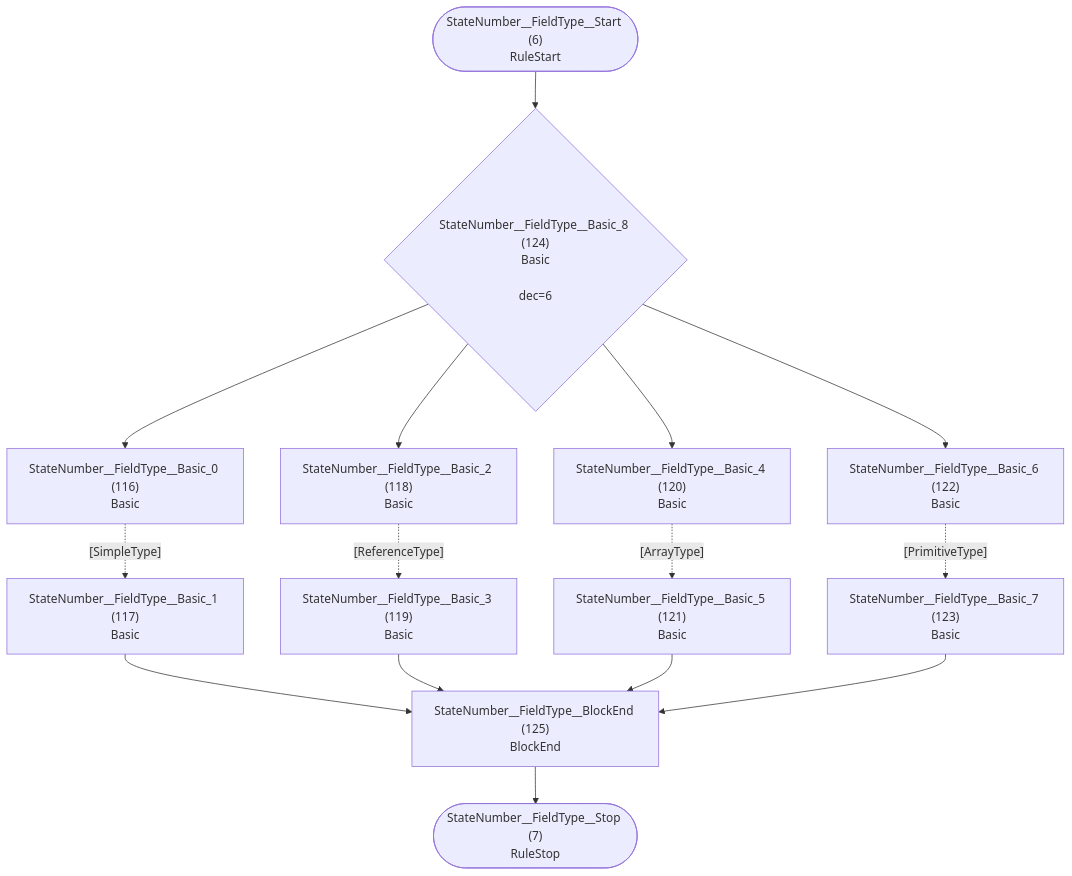
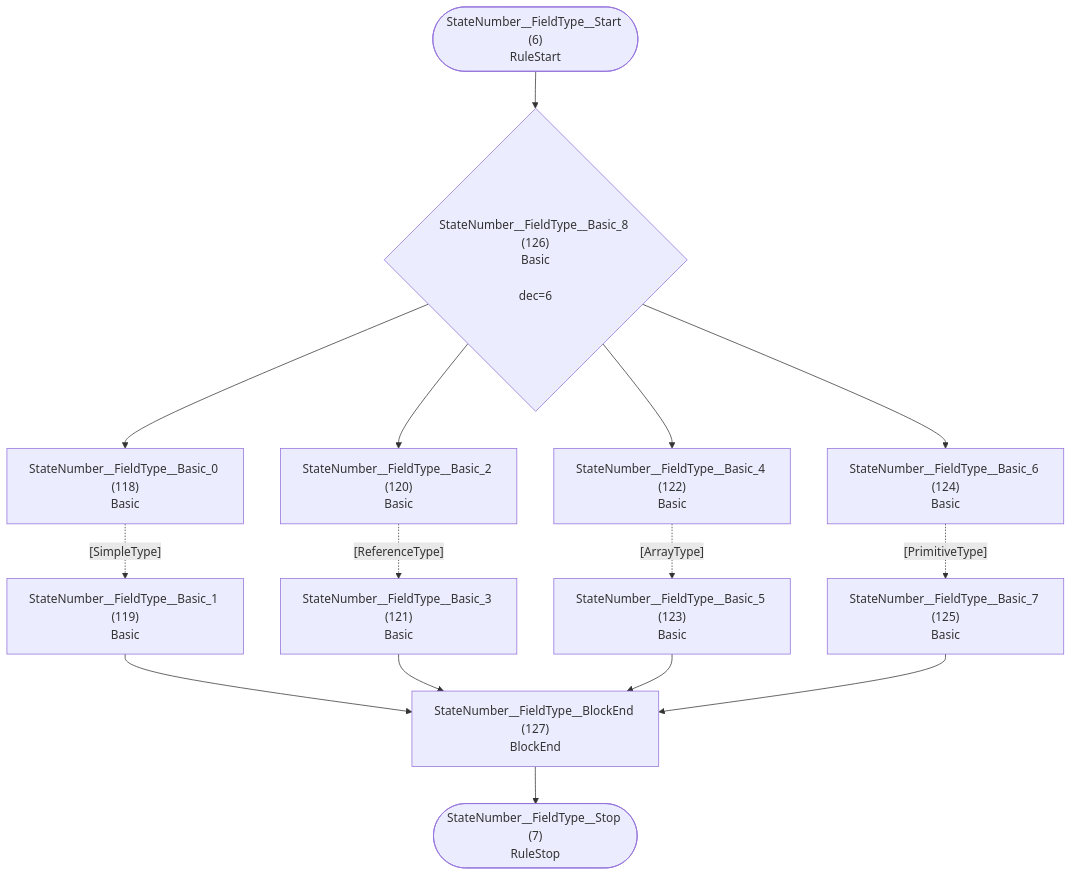
One commit to TypeFox/fastbelt changed the fourth of 37 diagrams in internal/grammar/atn.md. Above: the diagram before and after it, drawn with Mermaid. The commit also changed other lines of this file and 10 other files, not shown here.

````diff
--- a/internal/grammar/atn.md
+++ b/internal/grammar/atn.md
@@ -133,30 +133,30 @@
 ```mermaid
 flowchart TD
     q6(["StateNumber__FieldType__Start (6)<br/>RuleStart"])
     q7(["StateNumber__FieldType__Stop (7)<br/>RuleStop"])
-    q116["StateNumber__FieldType__Basic_0 (116)<br/>Basic<br/>"]
-    q117["StateNumber__FieldType__Basic_1 (117)<br/>Basic<br/>"]
-    q118["StateNumber__FieldType__Basic_2 (118)<br/>Basic<br/>"]
-    q119["StateNumber__FieldType__Basic_3 (119)<br/>Basic<br/>"]
-    q120["StateNumber__FieldType__Basic_4 (120)<br/>Basic<br/>"]
-    q121["StateNumber__FieldType__Basic_5 (121)<br/>Basic<br/>"]
-    q122["StateNumber__FieldType__Basic_6 (122)<br/>Basic<br/>"]
-    q123["StateNumber__FieldType__Basic_7 (123)<br/>Basic<br/>"]
-    q124{"StateNumber__FieldType__Basic_8 (124)<br/>Basic<br/><br/>dec=6"}
-    q125["StateNumber__FieldType__BlockEnd (125)<br/>BlockEnd<br/>"]
+    q118["StateNumber__FieldType__Basic_0 (118)<br/>Basic<br/>"]
+    q119["StateNumber__FieldType__Basic_1 (119)<br/>Basic<br/>"]
+    q120["StateNumber__FieldType__Basic_2 (120)<br/>Basic<br/>"]
+    q121["StateNumber__FieldType__Basic_3 (121)<br/>Basic<br/>"]
+    q122["StateNumber__FieldType__Basic_4 (122)<br/>Basic<br/>"]
+    q123["StateNumber__FieldType__Basic_5 (123)<br/>Basic<br/>"]
+    q124["StateNumber__FieldType__Basic_6 (124)<br/>Basic<br/>"]
+    q125["StateNumber__FieldType__Basic_7 (125)<br/>Basic<br/>"]
+    q126{"StateNumber__FieldType__Basic_8 (126)<br/>Basic<br/><br/>dec=6"}
+    q127["StateNumber__FieldType__BlockEnd (127)<br/>BlockEnd<br/>"]
 
-    q6 --> q124
-    q116 -.->|"[SimpleType]"| q117
-    q117 --> q125
-    q118 -.->|"[ReferenceType]"| q119
-    q119 --> q125
-    q120 -.->|"[ArrayType]"| q121
-    q121 --> q125
-    q122 -.->|"[PrimitiveType]"| q123
-    q123 --> q125
-    q124 --> q116
-    q124 --> q118
-    q124 --> q120
-    q124 --> q122
-    q125 --> q7
+    q6 --> q126
+    q118 -.->|"[SimpleType]"| q119
+    q119 --> q127
+    q120 -.->|"[ReferenceType]"| q121
+    q121 --> q127
+    q122 -.->|"[ArrayType]"| q123
+    q123 --> q127
+    q124 -.->|"[PrimitiveType]"| q125
+    q125 --> q127
+    q126 --> q118
+    q126 --> q120
+    q126 --> q122
+    q126 --> q124
+    q127 --> q7
 ```
````
